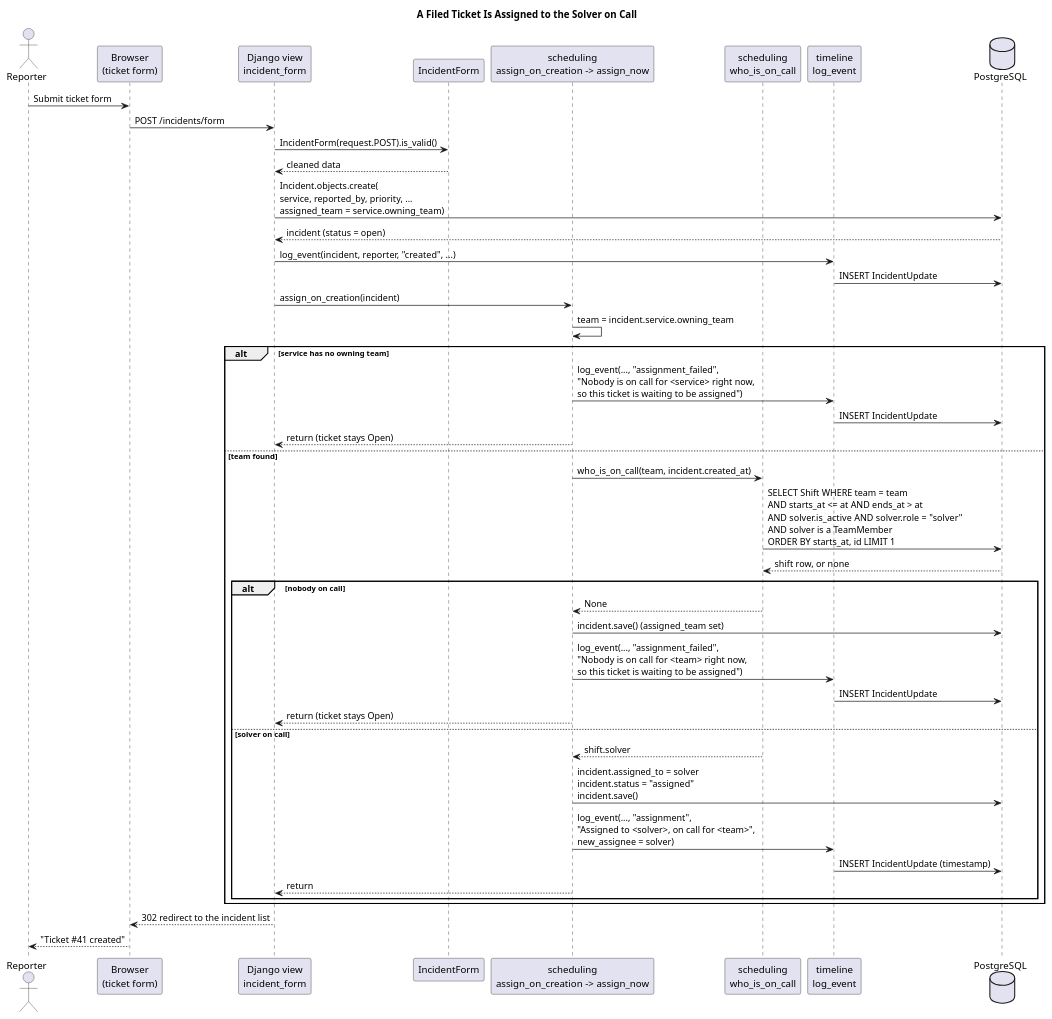
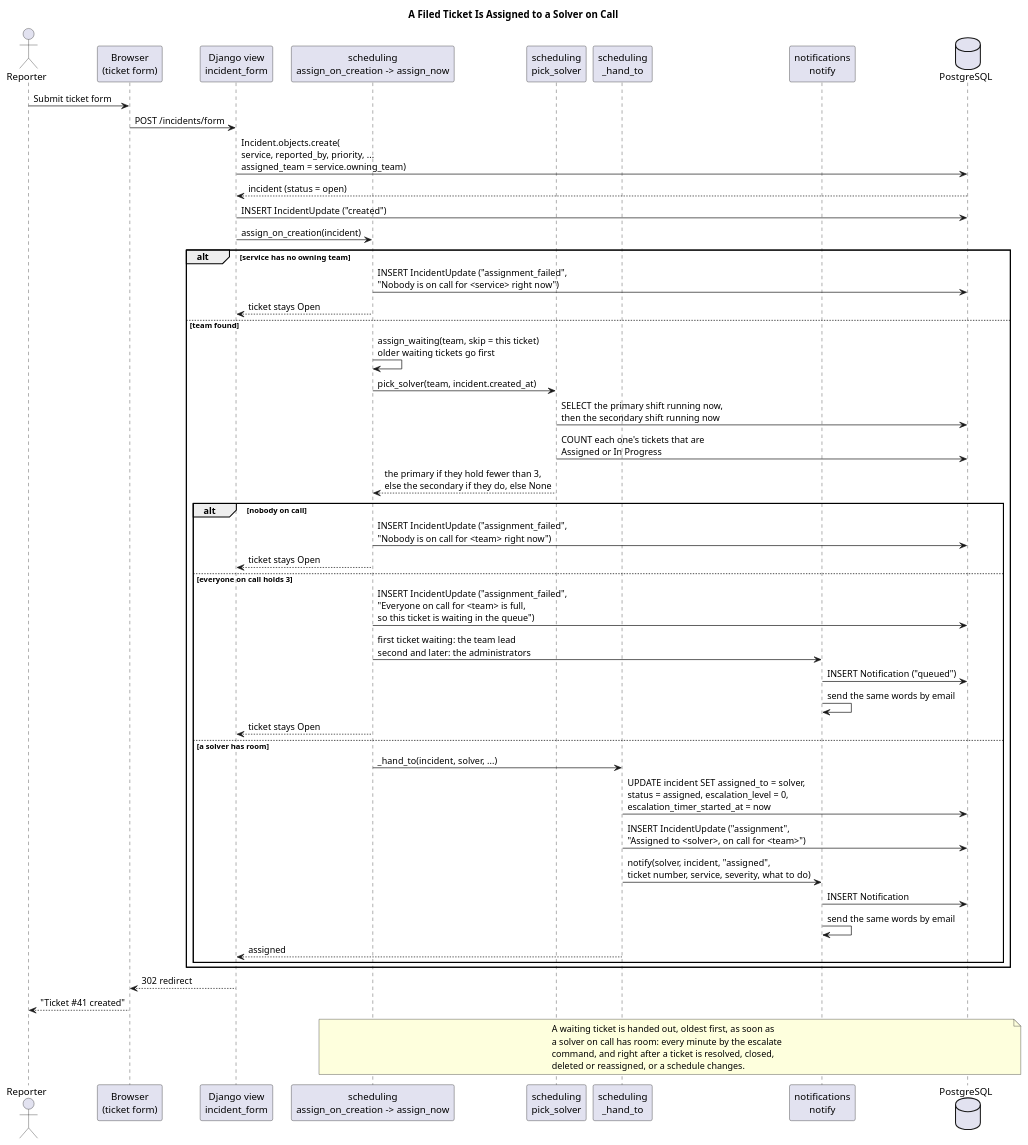
One commit to ZiedRbd/COSC-3339-Fall-2026-Term-Project changed the diagram in docs/assignment-sequence.puml. Above: the diagram before and after it, drawn with PlantUML. The commit also changed 15 other files, not shown here.

Commit message:
Second audit round: policy migration split in two for PostgreSQL, every team has the default policy, removing a tier keeps tickets in place, the administrator only reads tickets, waiting tickets keep their turn, edits lock the ticket, and email pauses after a failed send

```diff
--- a/docs/assignment-sequence.puml
+++ b/docs/assignment-sequence.puml
@@ -1,49 +1,59 @@
 @startuml
-title A Filed Ticket Is Assigned to the Solver on Call
+title A Filed Ticket Is Assigned to a Solver on Call
 
 actor Reporter
 participant "Browser\n(ticket form)" as Browser
 participant "Django view\nincident_form" as View
-participant "IncidentForm" as Form
 participant "scheduling\nassign_on_creation -> assign_now" as Assign
-participant "scheduling\nwho_is_on_call" as OnCall
-participant "timeline\nlog_event" as Log
+participant "scheduling\npick_solver" as Pick
+participant "scheduling\n_hand_to" as Hand
+participant "notifications\nnotify" as Notify
 database "PostgreSQL" as DB
 
 Reporter -> Browser : Submit ticket form
 Browser -> View : POST /incidents/form
-View -> Form : IncidentForm(request.POST).is_valid()
-Form --> View : cleaned data
 View -> DB : Incident.objects.create(\nservice, reported_by, priority, ...\nassigned_team = service.owning_team)
 DB --> View : incident (status = open)
-View -> Log : log_event(incident, reporter, "created", ...)
-Log -> DB : INSERT IncidentUpdate
+View -> DB : INSERT IncidentUpdate ("created")
 View -> Assign : assign_on_creation(incident)
 
-Assign -> Assign : team = incident.service.owning_team
 alt service has no owning team
-  Assign -> Log : log_event(..., "assignment_failed",\n"Nobody is on call for <service> right now,\nso this ticket is waiting to be assigned")
-  Log -> DB : INSERT IncidentUpdate
-  Assign --> View : return (ticket stays Open)
+  Assign -> DB : INSERT IncidentUpdate ("assignment_failed",\n"Nobody is on call for <service> right now")
+  Assign --> View : ticket stays Open
 else team found
-  Assign -> OnCall : who_is_on_call(team, incident.created_at)
-  OnCall -> DB : SELECT Shift WHERE team = team\nAND starts_at <= at AND ends_at > at\nAND solver.is_active AND solver.role = "solver"\nAND solver is a TeamMember\nORDER BY starts_at, id LIMIT 1
-  DB --> OnCall : shift row, or none
+  Assign -> Assign : assign_waiting(team, skip = this ticket)\nolder waiting tickets go first
+  Assign -> Pick : pick_solver(team, incident.created_at)
+  Pick -> DB : SELECT the primary shift running now,\nthen the secondary shift running now
+  Pick -> DB : COUNT each one's tickets that are\nAssigned or In Progress
+  Pick --> Assign : the primary if they hold fewer than 3,\nelse the secondary if they do, else None
+
   alt nobody on call
-    OnCall --> Assign : None
-    Assign -> DB : incident.save() (assigned_team set)
-    Assign -> Log : log_event(..., "assignment_failed",\n"Nobody is on call for <team> right now,\nso this ticket is waiting to be assigned")
-    Log -> DB : INSERT IncidentUpdate
-    Assign --> View : return (ticket stays Open)
-  else solver on call
-    OnCall --> Assign : shift.solver
-    Assign -> DB : incident.assigned_to = solver\nincident.status = "assigned"\nincident.save()
-    Assign -> Log : log_event(..., "assignment",\n"Assigned to <solver>, on call for <team>",\nnew_assignee = solver)
-    Log -> DB : INSERT IncidentUpdate (timestamp)
-    Assign --> View : return
+    Assign -> DB : INSERT IncidentUpdate ("assignment_failed",\n"Nobody is on call for <team> right now")
+    Assign --> View : ticket stays Open
+  else everyone on call holds 3
+    Assign -> DB : INSERT IncidentUpdate ("assignment_failed",\n"Everyone on call for <team> is full,\nso this ticket is waiting in the queue")
+    Assign -> Notify : first ticket waiting: the team lead\nsecond and later: the administrators
+    Notify -> DB : INSERT Notification ("queued")
+    Notify -> Notify : send the same words by email
+    Assign --> View : ticket stays Open
+  else a solver has room
+    Assign -> Hand : _hand_to(incident, solver, ...)
+    Hand -> DB : UPDATE incident SET assigned_to = solver,\nstatus = assigned, escalation_level = 0,\nescalation_timer_started_at = now
+    Hand -> DB : INSERT IncidentUpdate ("assignment",\n"Assigned to <solver>, on call for <team>")
+    Hand -> Notify : notify(solver, incident, "assigned",\nticket number, service, severity, what to do)
+    Notify -> DB : INSERT Notification
+    Notify -> Notify : send the same words by email
+    Hand --> View : assigned
   end
 end
 
-View --> Browser : 302 redirect to the incident list
+View --> Browser : 302 redirect
 Browser --> Reporter : "Ticket #41 created"
+
+note over Assign, DB
+  A waiting ticket is handed out, oldest first, as soon as
+  a solver on call has room: every minute by the escalate
+  command, and right after a ticket is resolved, closed,
+  deleted or reassigned, or a schedule changes.
+end note
 @enduml
```
